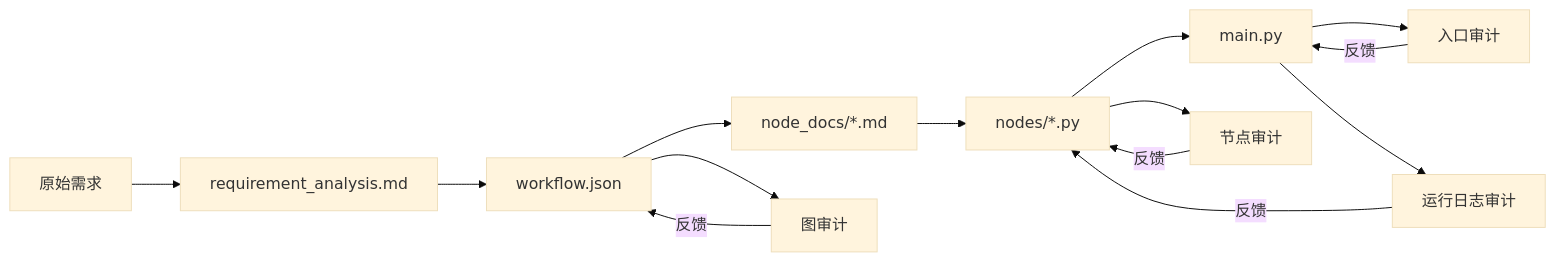
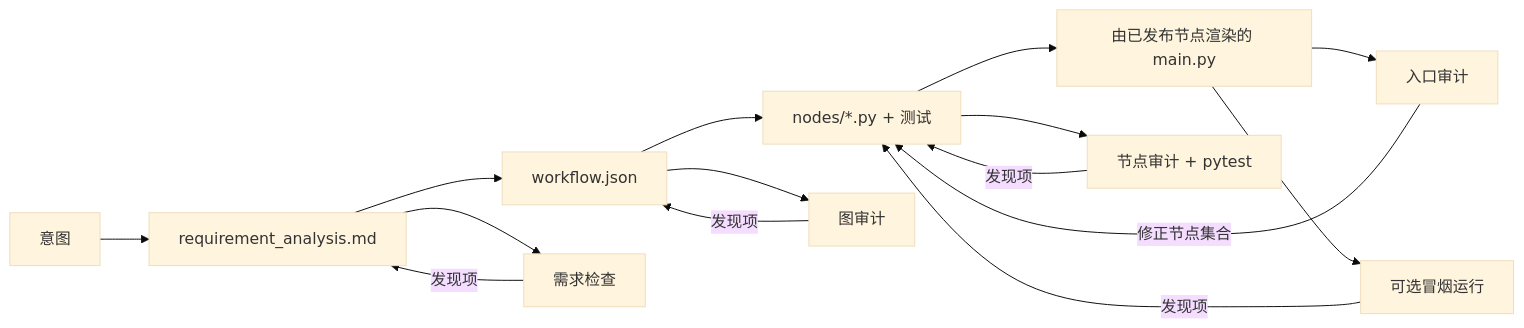
One commit to AIpRoBuilder/FlowX changed the second of 2 diagrams in README.zh-CN.md. Above: the diagram before and after it, drawn with Mermaid (base theme). The commit also changed other lines of this file and 115 other files, not shown here.

Commit message:
restructure flowx as pure compiler & service runner

````diff
--- a/README.zh-CN.md
+++ b/README.zh-CN.md
@@ -505,18 +472,19 @@
 ```mermaid
 flowchart LR
-    A[原始需求] --> B[requirement_analysis.md]
+    A[意图] --> B[requirement_analysis.md]
     B --> C[workflow.json]
-    C --> D[node_docs/*.md]
-    D --> E[nodes/*.py]
-    E --> F[main.py]
+    C --> E[nodes/*.py + 测试]
+    E --> F[由已发布节点渲染的 main.py]
 
+    B --> R[需求检查]
     C --> G[图审计]
-    E --> H[节点审计]
+    E --> H[节点审计 + pytest]
     F --> I[入口审计]
-    F --> J[运行日志审计]
+    F --> J[可选冒烟运行]
 
-    G -->|反馈| C
-    H -->|反馈| E
-    I -->|反馈| F
-    J -->|反馈| E
+    R -->|发现项| B
+    G -->|发现项| C
+    H -->|发现项| E
+    I -->|修正节点集合| E
+    J -->|发现项| E
 ```
````
